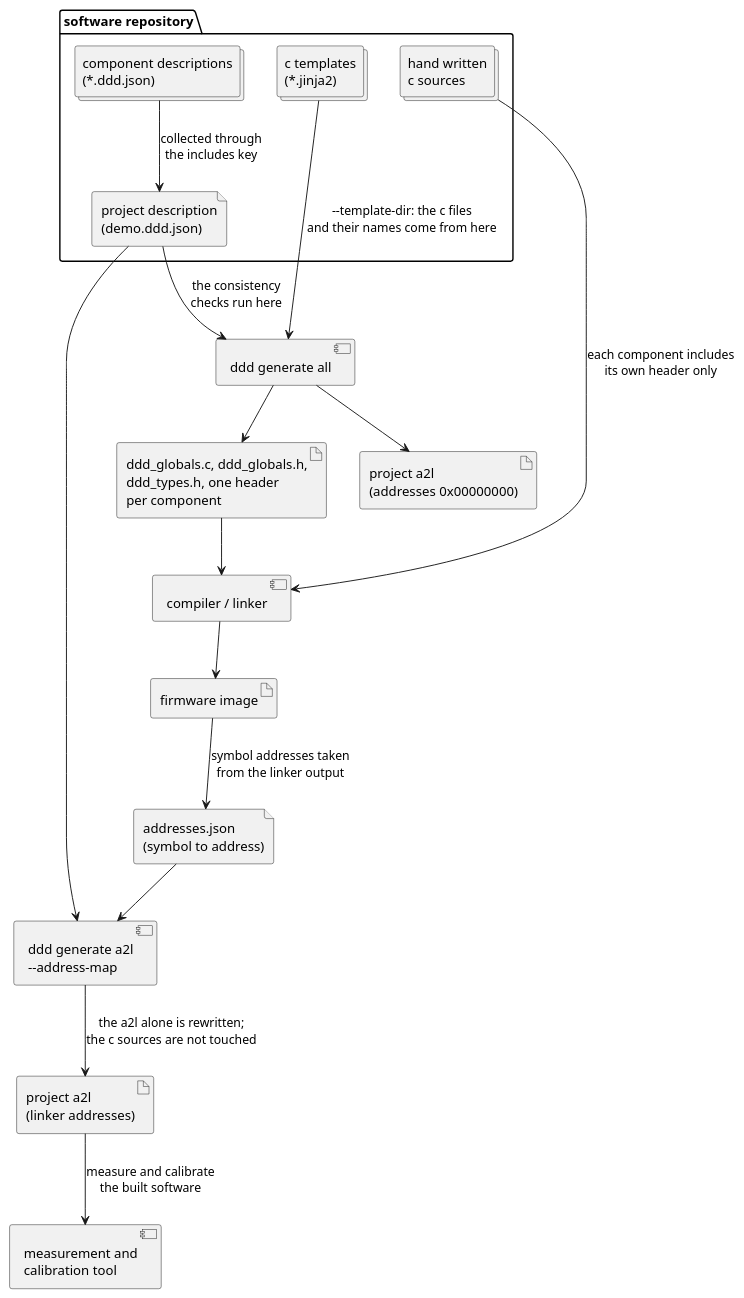
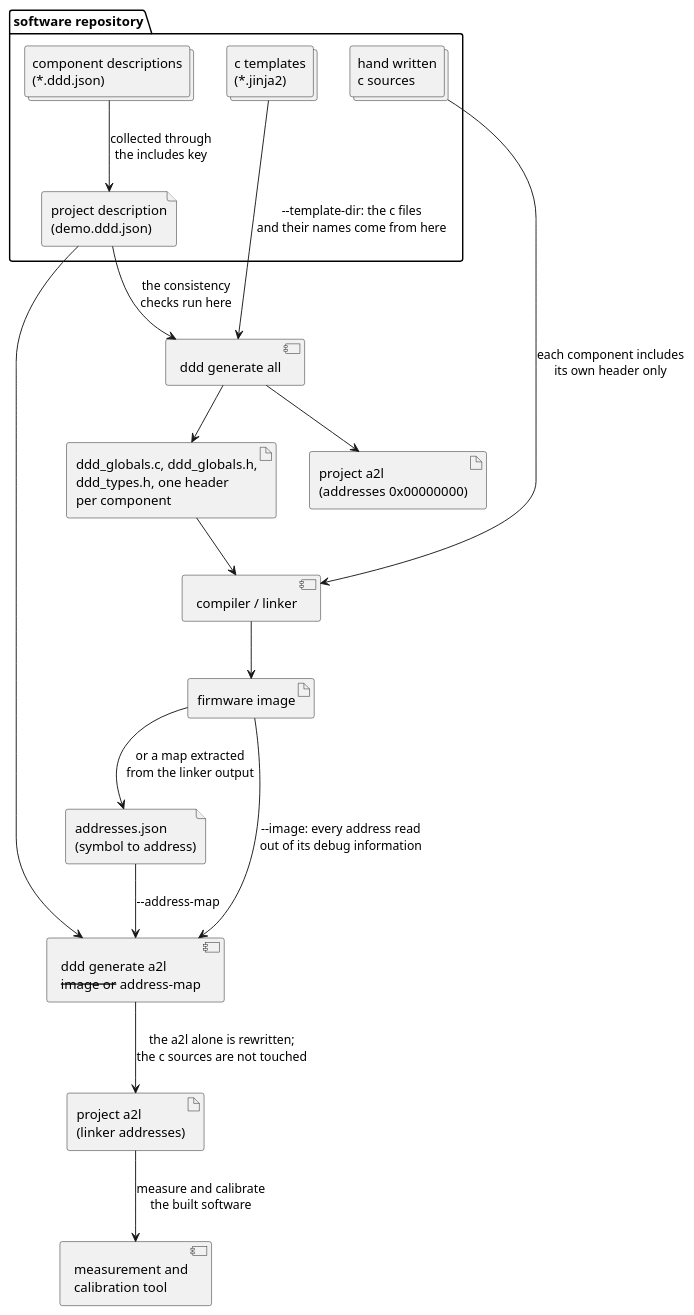
Before and after one commit to Sauci/ddd: the first of 2 diagrams in docs/concept.rst, drawn with PlantUML. The commit also changed other lines of this file and 4 other files, not shown here.

First line of the commit message:
document make's reruns of the a2l step, the map reader's move and the image route

```diff
--- a/docs/concept.rst
+++ b/docs/concept.rst
@@ -468,36 +468,37 @@
 .. uml::
 
    folder "software repository" as repository {
        collections "component descriptions\n(*.ddd.json)" as component_files
        file "project description\n(demo.ddd.json)" as project_file
        collections "c templates\n(*.jinja2)" as templates
        collections "hand written\nc sources" as c_sources
    }
 
    component "ddd generate all" as ddd_first
-   component "ddd generate a2l\n--address-map" as ddd_second
+   component "ddd generate a2l\n--image or --address-map" as ddd_second
    component "compiler / linker" as toolchain
 
    artifact "ddd_globals.c, ddd_globals.h,\nddd_types.h, one header\nper component" as generated_c
    artifact "project a2l\n(addresses 0x00000000)" as provisional_a2l
    artifact "firmware image" as image
    file "addresses.json\n(symbol to address)" as address_map
    artifact "project a2l\n(linker addresses)" as final_a2l
 
    component "measurement and\ncalibration tool" as mc_tool
 
    component_files --> project_file: collected through\nthe includes key
    project_file --> ddd_first: the consistency\nchecks run here
    templates --> ddd_first: --template-dir: the c files\nand their names come from here
    ddd_first --> generated_c
    ddd_first --> provisional_a2l
 
    generated_c --> toolchain
    c_sources --> toolchain: each component includes\nits own header only
    toolchain --> image
-   image --> address_map: symbol addresses taken\nfrom the linker output
+   image --> ddd_second: --image: every address read\nout of its debug information
+   image --> address_map: or a map extracted\nfrom the linker output
 
    project_file --> ddd_second
-   address_map --> ddd_second
+   address_map --> ddd_second: --address-map
    ddd_second --> final_a2l: the a2l alone is rewritten;\nthe c sources are not touched
    final_a2l --> mc_tool: measure and calibrate\nthe built software
```
